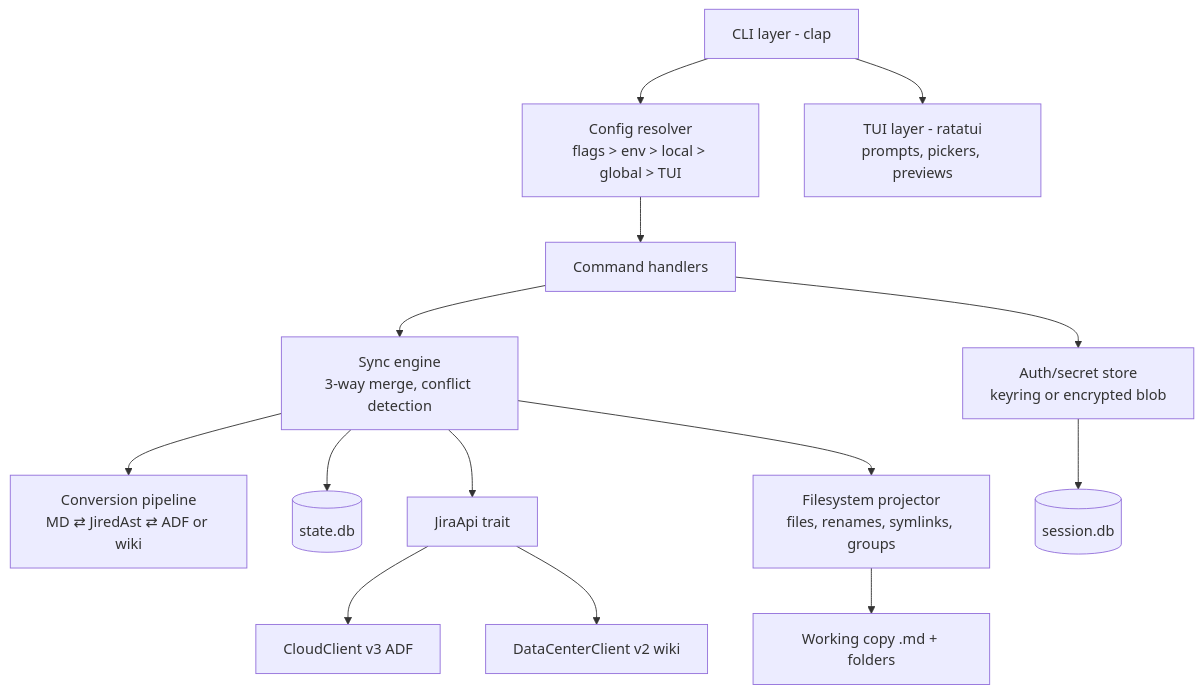
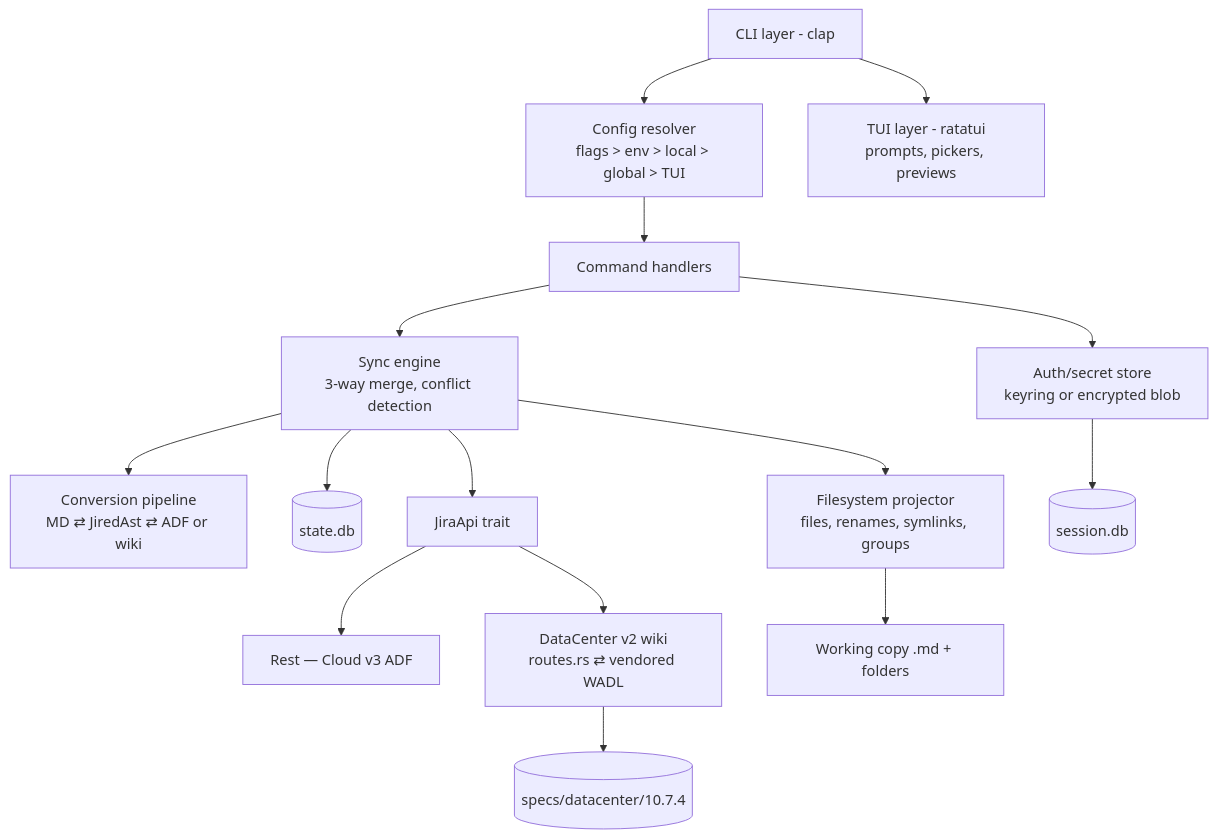
One commit to hxmn/jired changed the diagram in docs/plan/architecture.md. Above: the diagram before and after it, drawn with Mermaid. The commit also changed other lines of this file and 7 other files, not shown here.

````diff
--- a/docs/plan/architecture.md
+++ b/docs/plan/architecture.md
@@ -5,16 +5,17 @@
 ```mermaid
 graph TD
     CLI[CLI layer - clap] --> RES[Config resolver<br/>flags > env > local > global > TUI]
     CLI --> TUI[TUI layer - ratatui<br/>prompts, pickers, previews]
     RES --> CMD[Command handlers]
     CMD --> SYNC[Sync engine<br/>3-way merge, conflict detection]
     CMD --> AUTH[Auth/secret store<br/>keyring or encrypted blob]
     SYNC --> CONV[Conversion pipeline<br/>MD ⇄ JiredAst ⇄ ADF or wiki]
     SYNC --> STATE[(state.db)]
     AUTH --> SESS[(session.db)]
     SYNC --> API[JiraApi trait]
-    API --> CLOUD[CloudClient v3 ADF]
-    API --> DC[DataCenterClient v2 wiki]
+    API --> CLOUD[Rest — Cloud v3 ADF]
+    API --> DC[DataCenter v2 wiki<br/>routes.rs ⇄ vendored WADL]
+    DC --> SPEC[(specs/datacenter/10.7.4)]
     SYNC --> PROJ[Filesystem projector<br/>files, renames, symlinks, groups]
     PROJ --> FS[Working copy .md + folders]
 ```
````
